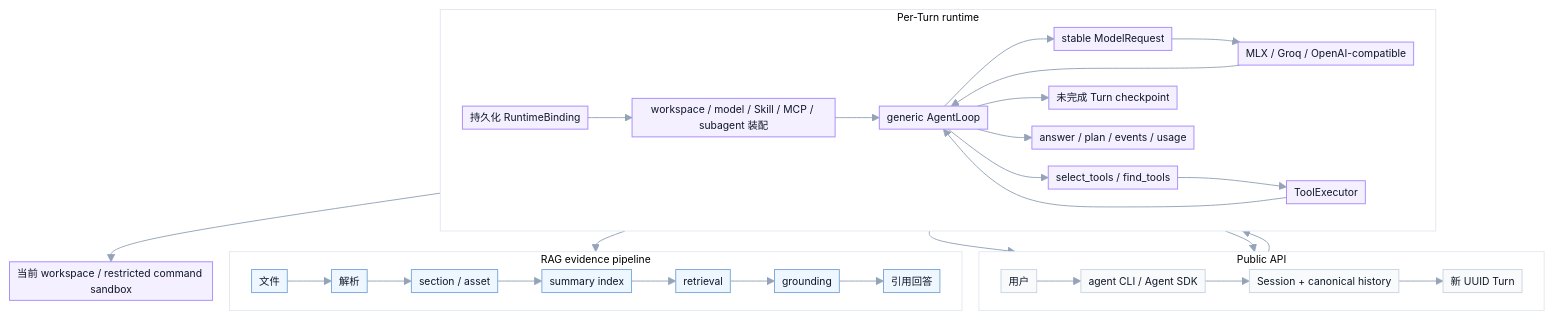
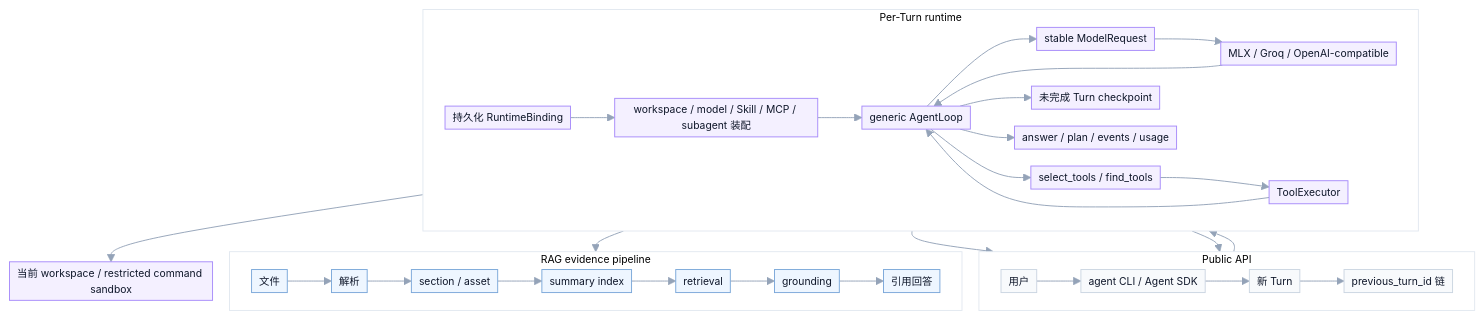
One commit to xiaoyinglei/Private-RAG-Agent changed the diagram in README.md. Above: the diagram before and after it, drawn with Mermaid. The commit also changed other lines of this file and 112 other files, not shown here.

Commit message:
Unify agent public API around turns

````diff
--- a/README.md
+++ b/README.md
@@ -337,33 +354,33 @@
 ```mermaid
 %%{init: {"theme": "base", "themeVariables": {"fontSize": "11px", "primaryColor": "#f8fafc", "primaryTextColor": "#0f172a", "primaryBorderColor": "#cbd5e1", "lineColor": "#94a3b8", "clusterBkg": "#ffffff", "clusterBorder": "#e2e8f0"}, "flowchart": {"nodeSpacing": 18, "rankSpacing": 22, "curve": "basis", "padding": 4}} }%%
 flowchart TB
     subgraph PUB["Public API"]
         direction LR
-        u["用户"] --> api["agent CLI / Agent SDK"] --> session["Session + canonical history"] --> turn["新 UUID Turn"]
+        u["用户"] --> api["agent CLI / Agent SDK"] --> turn["新 Turn"] --> lineage["previous_turn_id 链"]
     end
 
     subgraph AG["Per-Turn runtime"]
         direction LR
         binding["持久化 RuntimeBinding"] --> assembly["workspace / model / Skill / MCP / subagent 装配"] --> loop["generic AgentLoop"]
         loop --> request["stable ModelRequest"] --> provider["MLX / Groq / OpenAI-compatible"] --> loop
         loop --> visible["select_tools / find_tools"] --> executor["ToolExecutor"] --> loop
         loop --> checkpoint["未完成 Turn checkpoint"]
         loop --> result["answer / plan / events / usage"]
     end
 
     subgraph RAG["RAG evidence pipeline"]
         direction LR
         r1["文件"] --> r2["解析"] --> r3["section / asset"] --> r4["summary index"] --> r5["retrieval"] --> r6["grounding"] --> r7["引用回答"]
     end
 
     turn --> binding
     executor --> workspace["当前 workspace / restricted command sandbox"]
     executor --> r5
-    result --> session
-    checkpoint --> session
+    result --> lineage
+    checkpoint --> turn
 
     classDef rag fill:#eef6ff,stroke:#7aa7d9,color:#0f172a;
     classDef agent fill:#f4f0ff,stroke:#a78bfa,color:#0f172a;
     class r1,r2,r3,r4,r5,r6,r7 rag;
     class binding,assembly,loop,request,provider,visible,executor,checkpoint,result,workspace agent;
 ```
````
